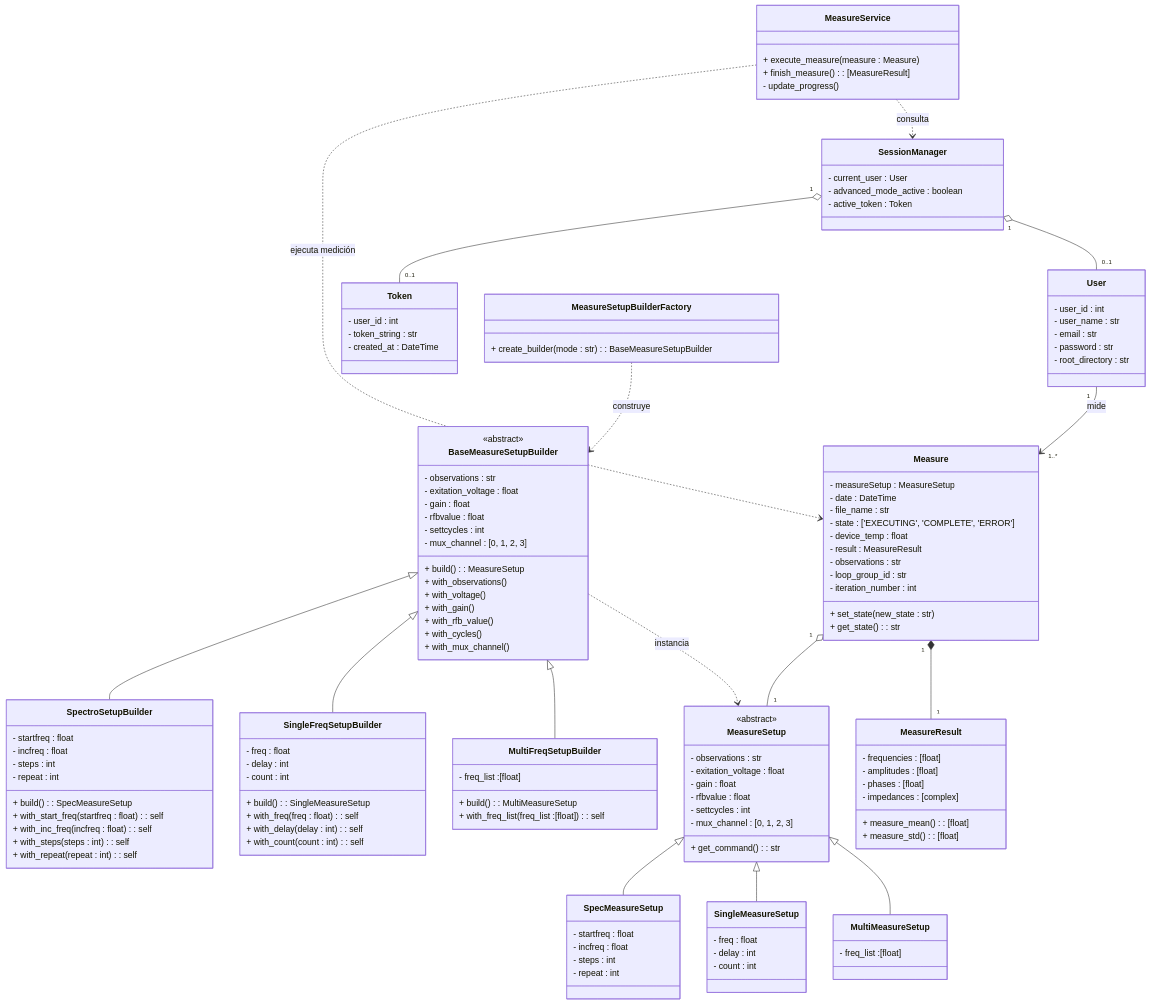
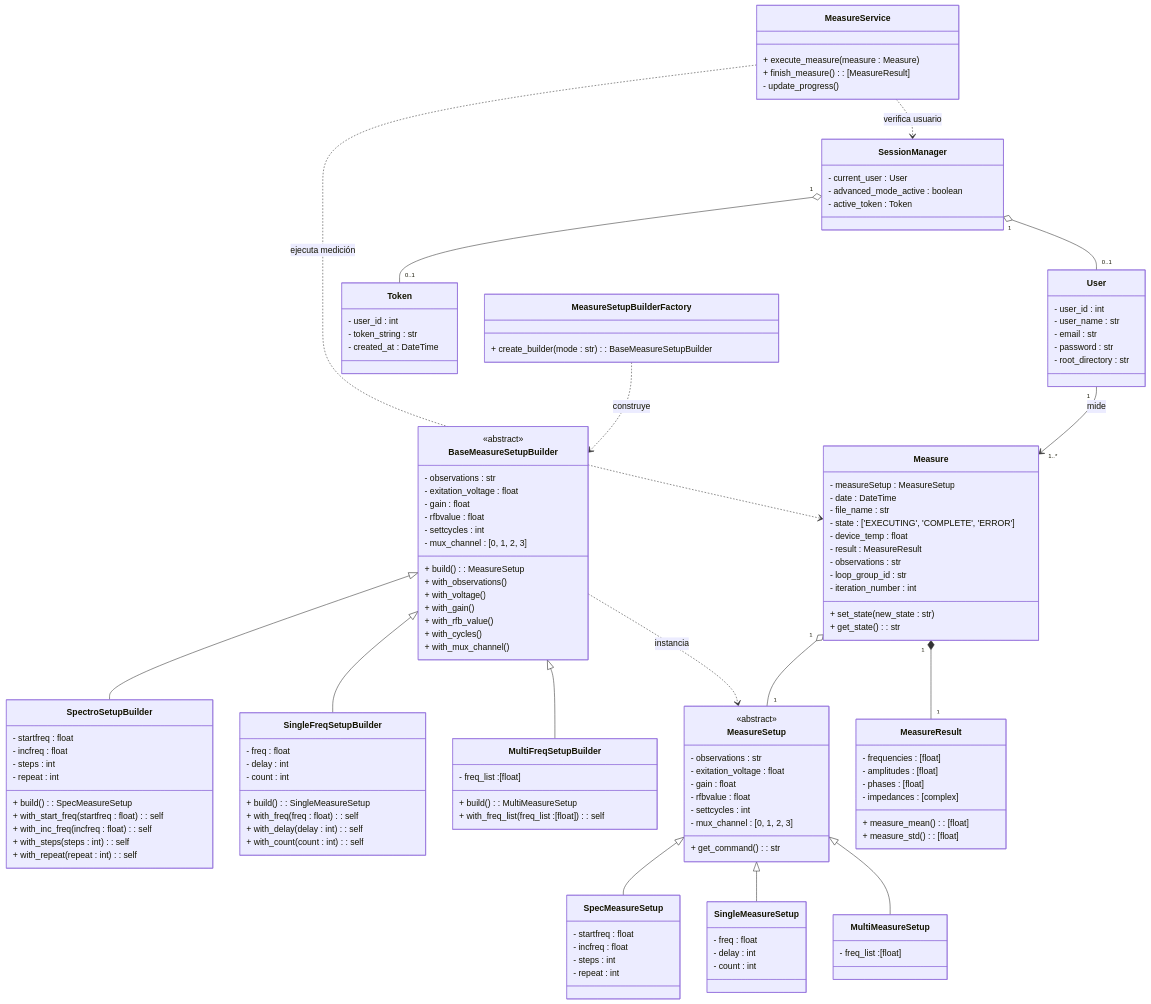
The fourth of 6 diagrams in Gmini-MarkDown/Diagramas/Clases Conceptuales.md (alegrelias/Repo-GMini), drawn with Mermaid before and after one commit. The commit also changed other lines of this file, not shown here.

Commit message:
Se modifica diagrama de clases

```diff
--- a/Gmini-MarkDown/Diagramas/Clases Conceptuales.md
+++ b/Gmini-MarkDown/Diagramas/Clases Conceptuales.md
@@ -640,7 +640,7 @@
 BaseMeasureSetupBuilder ..> MeasureSetup : instancia
 
 MeasureService ..> Measure : ejecuta medición
-MeasureService ..> SessionManager : consulta
+MeasureService ..> SessionManager : verifica usuario
 
 SessionManager "1"o--"0..1" Token
 SessionManager "1"o--"0..1" User
```
